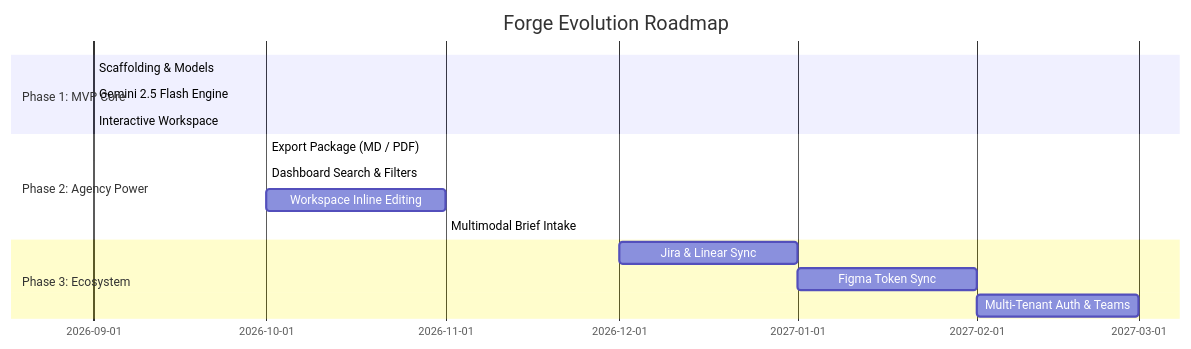
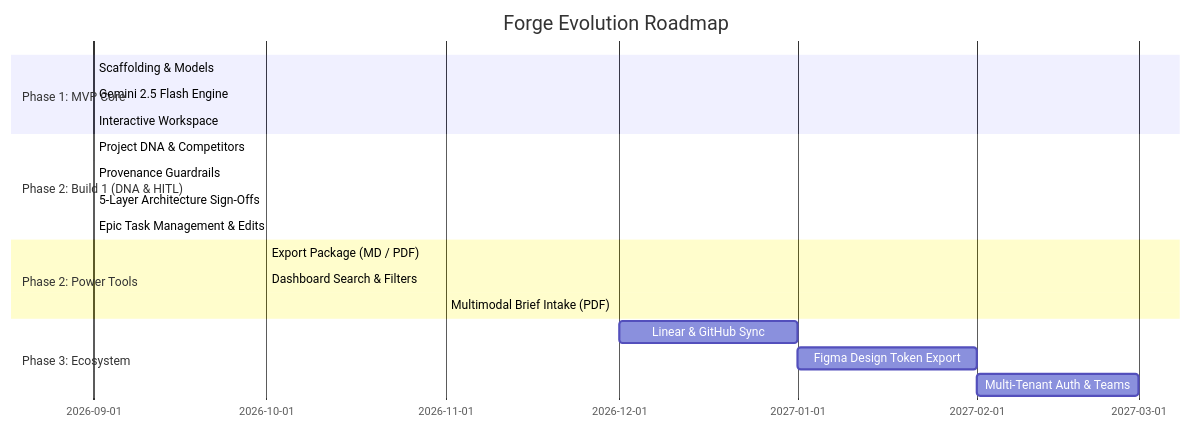
Before and after one commit to ShreyaParker/forge-mvp: the second of 2 diagrams in doc/ARCHITECTURE.md, drawn with Mermaid. The commit also changed other lines of this file and 1 other file, not shown here.

Commit message:
docs: synchronize ARCHITECTURE.md and MASTERPLAN.md with Build 1 features and milestones

````diff
--- a/doc/ARCHITECTURE.md
+++ b/doc/ARCHITECTURE.md
@@ -473,18 +492,22 @@
 ```mermaid
 gantt
     title Forge Evolution Roadmap
     dateFormat  YYYY-MM
     section Phase 1: MVP Core
-    Scaffolding & Models         :done, 2026-09, 2026-09
-    Gemini 2.5 Flash Engine      :done, 2026-09, 2026-09
-    Interactive Workspace        :done, 2026-09, 2026-09
-    section Phase 2: Agency Power
-    Export Package (MD / PDF)    :active, 2026-10, 2026-10
-    Dashboard Search & Filters   :active, 2026-10, 2026-10
-    Workspace Inline Editing     :2026-10, 2026-11
-    Multimodal Brief Intake      :2026-11, 2026-11
+    Scaffolding & Models             :done, 2026-09, 2026-09
+    Gemini 2.5 Flash Engine          :done, 2026-09, 2026-09
+    Interactive Workspace            :done, 2026-09, 2026-09
+    section Phase 2: Build 1 (DNA & HITL)
+    Project DNA & Competitors        :done, 2026-09, 2026-09
+    Provenance Guardrails            :done, 2026-09, 2026-09
+    5-Layer Architecture Sign-Offs   :done, 2026-09, 2026-09
+    Epic Task Management & Edits     :done, 2026-09, 2026-09
+    section Phase 2: Power Tools
+    Export Package (MD / PDF)        :active, 2026-10, 2026-10
+    Dashboard Search & Filters       :2026-10, 2026-10
+    Multimodal Brief Intake (PDF)    :2026-11, 2026-11
     section Phase 3: Ecosystem
-    Jira & Linear Sync           :2026-12, 2027-01
-    Figma Token Sync             :2027-01, 2027-02
-    Multi-Tenant Auth & Teams    :2027-02, 2027-03
+    Linear & GitHub Sync             :2026-12, 2027-01
+    Figma Design Token Export        :2027-01, 2027-02
+    Multi-Tenant Auth & Teams        :2027-02, 2027-03
 ```
````
